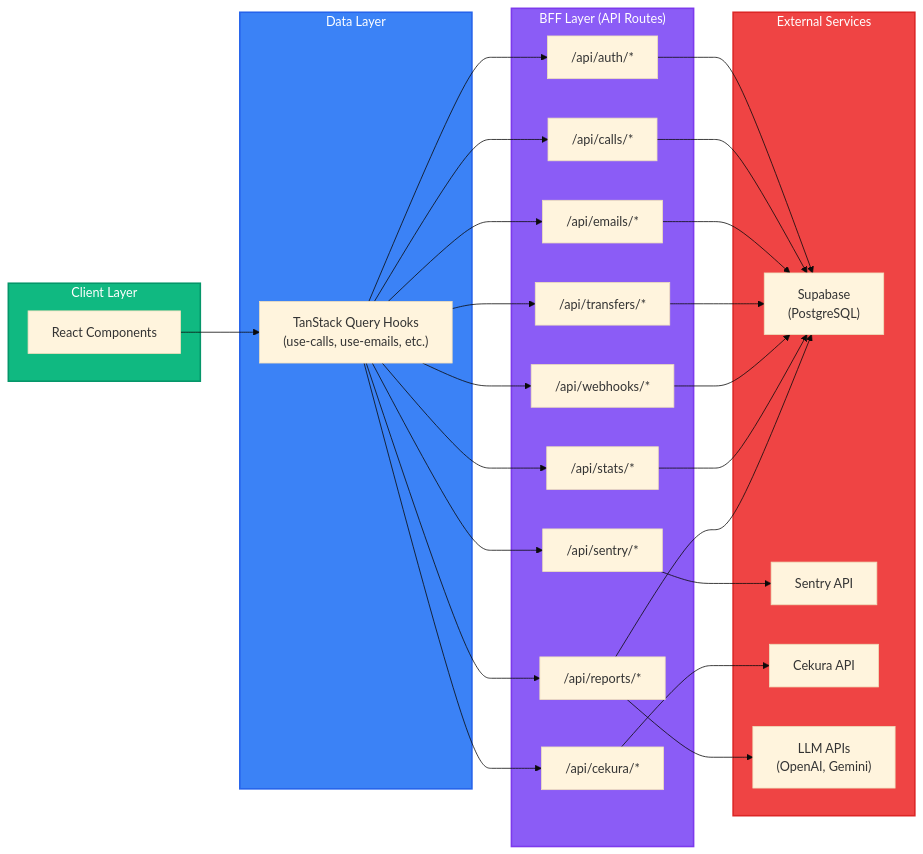
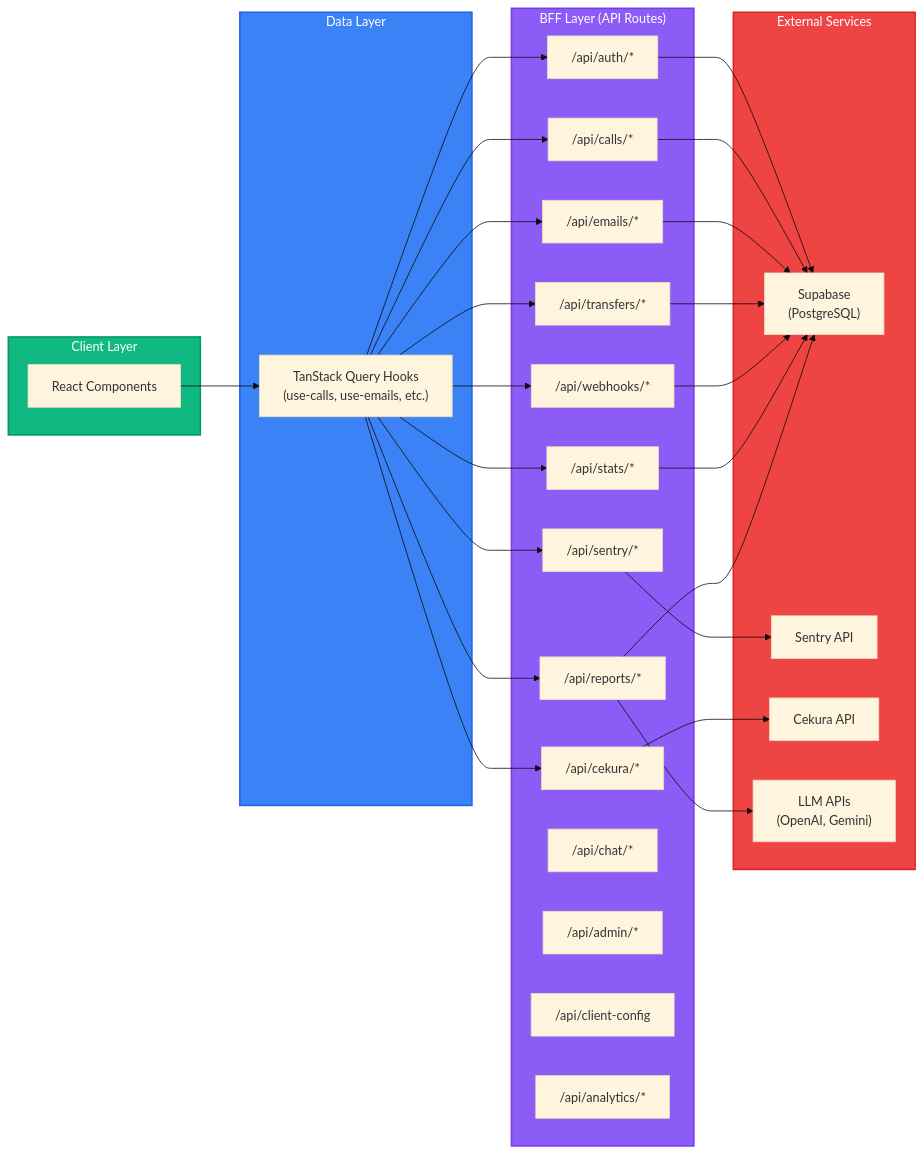
Before and after one commit to NachiketsinghKandari/AI-Receptionist-Dashboard: the second of 13 diagrams in docs/ARCHITECTURE.md, drawn with Mermaid (base theme). The commit also changed other lines of this file and 6 other files, not shown here.

````diff
--- a/docs/ARCHITECTURE.md
+++ b/docs/ARCHITECTURE.md
@@ -53,56 +58,60 @@
 ```mermaid
 graph LR
     subgraph Client["Client Layer"]
         Components["React Components"]
     end
 
     subgraph Data["Data Layer"]
         Hooks["TanStack Query Hooks<br/>(use-calls, use-emails, etc.)"]
     end
 
     subgraph BFF["BFF Layer (API Routes)"]
         AuthAPI["/api/auth/*"]
         CallsAPI["/api/calls/*"]
         EmailsAPI["/api/emails/*"]
         TransfersAPI["/api/transfers/*"]
         WebhooksAPI["/api/webhooks/*"]
         StatsAPI["/api/stats/*"]
         SentryAPI["/api/sentry/*"]
         CekuraAPI["/api/cekura/*"]
         ReportsAPI["/api/reports/*"]
+        ChatAPI["/api/chat/*"]
+        AdminAPI["/api/admin/*"]
+        ClientConfigAPI["/api/client-config"]
+        AnalyticsAPI["/api/analytics/*"]
     end
 
     subgraph External["External Services"]
         Supabase["Supabase<br/>(PostgreSQL)"]
         SentryExt["Sentry API"]
         CekuraExt["Cekura API"]
         LLMs["LLM APIs<br/>(OpenAI, Gemini)"]
     end
 
     Components --> Hooks
     Hooks --> AuthAPI
     Hooks --> CallsAPI
     Hooks --> EmailsAPI
     Hooks --> TransfersAPI
     Hooks --> WebhooksAPI
     Hooks --> StatsAPI
     Hooks --> SentryAPI
     Hooks --> CekuraAPI
     Hooks --> ReportsAPI
 
     AuthAPI --> Supabase
     CallsAPI --> Supabase
     EmailsAPI --> Supabase
     TransfersAPI --> Supabase
     WebhooksAPI --> Supabase
     StatsAPI --> Supabase
     SentryAPI --> SentryExt
     CekuraAPI --> CekuraExt
     ReportsAPI --> Supabase
     ReportsAPI --> LLMs
 
     style Client fill:#10b981,stroke:#059669,stroke-width:2px,color:#fff
     style Data fill:#3b82f6,stroke:#2563eb,stroke-width:2px,color:#fff
     style BFF fill:#8b5cf6,stroke:#7c3aed,stroke-width:2px,color:#fff
     style External fill:#ef4444,stroke:#dc2626,stroke-width:2px,color:#fff
 ```
````
